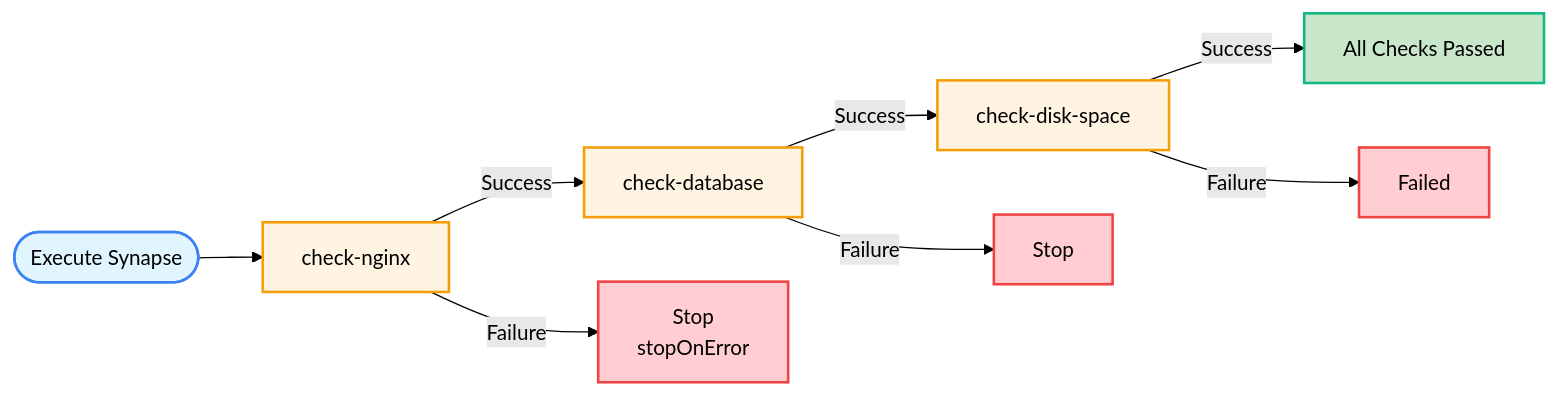
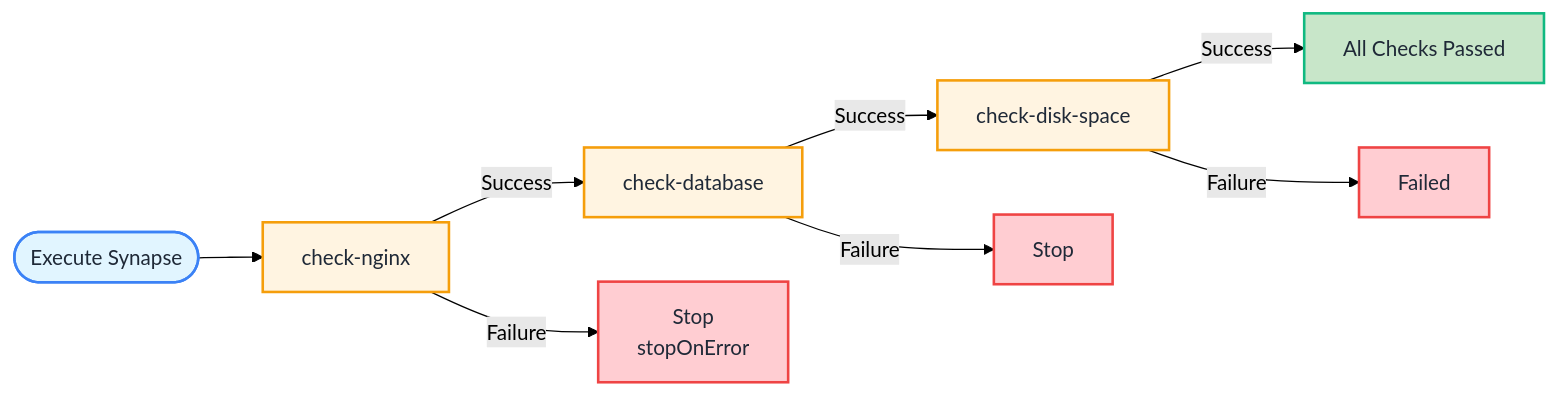
One commit to mailprak/cortex changed the third of 6 diagrams in README.md. Above: the diagram before and after it, drawn with Mermaid (forest theme). The commit also changed other lines of this file and 3 other files, not shown here.

First line of the commit message:
fix(docs): improve Mermaid diagram text visibility with dark color

````diff
--- a/README.md
+++ b/README.md
@@ -167,19 +167,19 @@
 ```mermaid
 flowchart LR
     Start([Execute Synapse]) --> N1[check-nginx]
     N1 -->|Success| N2[check-database]
     N1 -->|Failure| Stop1[Stop<br/>stopOnError]
     N2 -->|Success| N3[check-disk-space]
     N2 -->|Failure| Stop2[Stop]
     N3 -->|Success| Done[All Checks Passed]
     N3 -->|Failure| Stop3[Failed]
 
-    style Start fill:#e1f5ff,stroke:#3b82f6,stroke-width:2px
-    style N1 fill:#fff4e1,stroke:#f59e0b,stroke-width:2px
-    style N2 fill:#fff4e1,stroke:#f59e0b,stroke-width:2px
-    style N3 fill:#fff4e1,stroke:#f59e0b,stroke-width:2px
-    style Done fill:#c8e6c9,stroke:#10b981,stroke-width:2px
-    style Stop1 fill:#ffcdd2,stroke:#ef4444,stroke-width:2px
-    style Stop2 fill:#ffcdd2,stroke:#ef4444,stroke-width:2px
-    style Stop3 fill:#ffcdd2,stroke:#ef4444,stroke-width:2px
+    style Start fill:#e1f5ff,stroke:#3b82f6,stroke-width:2px,color:#1f2937
+    style N1 fill:#fff4e1,stroke:#f59e0b,stroke-width:2px,color:#1f2937
+    style N2 fill:#fff4e1,stroke:#f59e0b,stroke-width:2px,color:#1f2937
+    style N3 fill:#fff4e1,stroke:#f59e0b,stroke-width:2px,color:#1f2937
+    style Done fill:#c8e6c9,stroke:#10b981,stroke-width:2px,color:#1f2937
+    style Stop1 fill:#ffcdd2,stroke:#ef4444,stroke-width:2px,color:#1f2937
+    style Stop2 fill:#ffcdd2,stroke:#ef4444,stroke-width:2px,color:#1f2937
+    style Stop3 fill:#ffcdd2,stroke:#ef4444,stroke-width:2px,color:#1f2937
 ```
````
